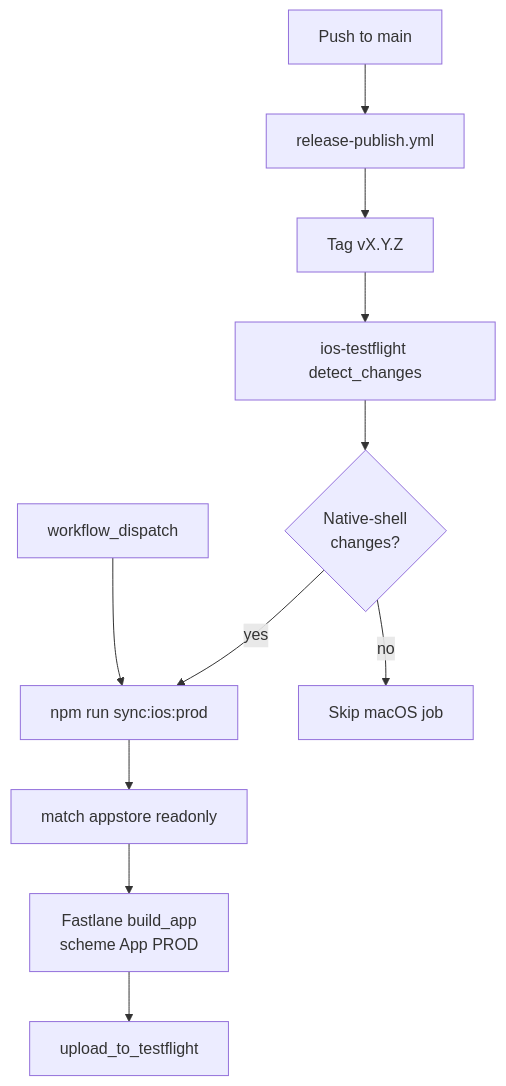
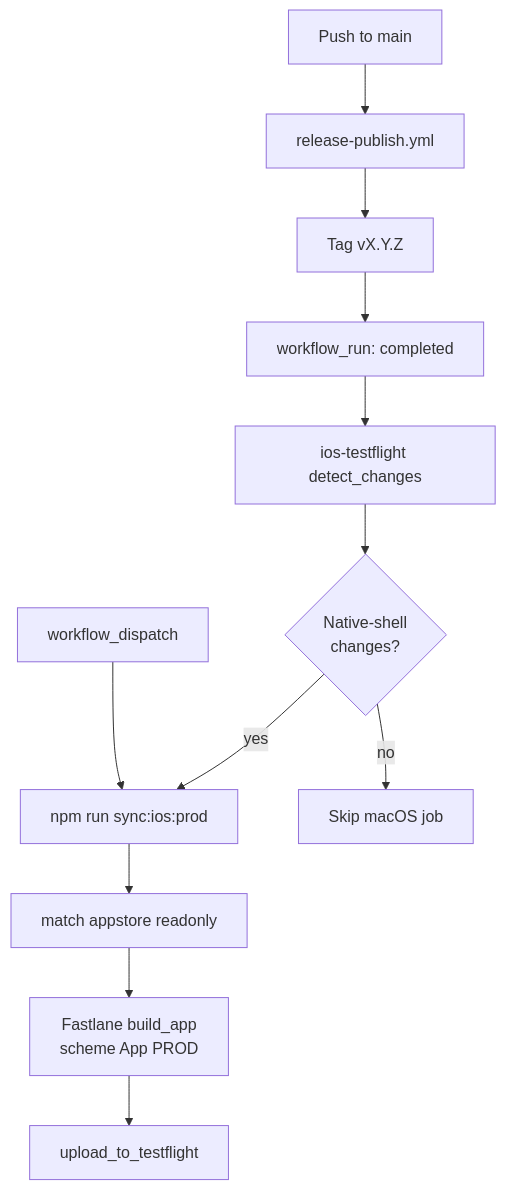
The diagram in docs/ios-testflight-ci.md (thetigeregg/game-shelf), drawn with Mermaid before and after one commit. The commit also changed other lines of this file and 1 other file, not shown here.

Commit message:
ci(ios): trigger testflight via workflow_run instead of tag push

````diff
--- a/docs/ios-testflight-ci.md
+++ b/docs/ios-testflight-ci.md
@@ -9,13 +9,14 @@
 ```mermaid
 flowchart TD
   MainPush[Push to main] --> ReleaseWF[release-publish.yml]
   ReleaseWF --> Tag["Tag vX.Y.Z"]
-  Tag --> Gate[ios-testflight detect_changes]
+  Tag --> WFRun["workflow_run: completed"]
+  WFRun --> Gate[ios-testflight detect_changes]
   Gate --> Diff{Native-shell<br/>changes?}
   Diff -->|yes| NodeBuild["npm run sync:ios:prod"]
   Diff -->|no| Skip[Skip macOS job]
   NodeBuild --> MatchRO["match appstore readonly"]
   MatchRO --> FastlaneBuild["Fastlane build_app<br/>scheme App PROD"]
   FastlaneBuild --> TestFlight["upload_to_testflight"]
   Dispatch[workflow_dispatch] --> NodeBuild
 ```
````
